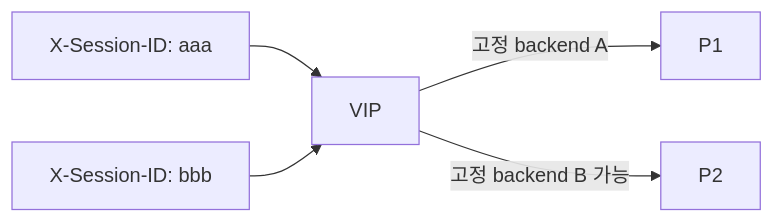
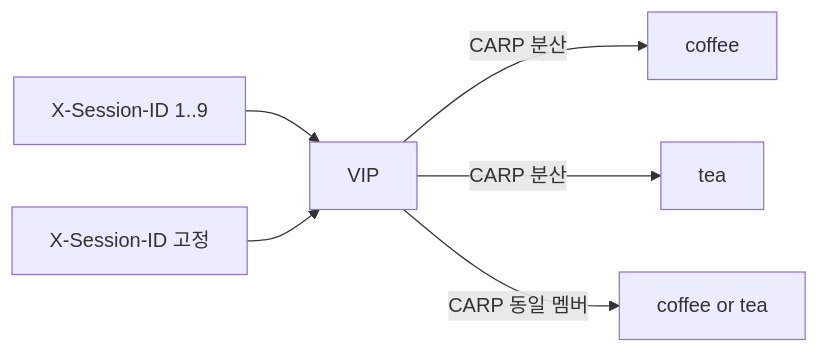
The diagram in HTTP_Routing/2.44_SessionPersistence_Header/README.md (mink0119/2609_f5bnk), drawn with Mermaid before and after one commit. The commit also changed other lines of this file and 85 other files, not shown here.

````diff
--- a/HTTP_Routing/2.44_SessionPersistence_Header/README.md
+++ b/HTTP_Routing/2.44_SessionPersistence_Header/README.md
@@ -5,7 +7,7 @@
 ```mermaid
 flowchart LR
-  C["X-Session-ID: aaa"] --> VIP[VIP]
-  VIP -->|고정 backend A| P1
-  C2["X-Session-ID: bbb"] --> VIP
-  VIP -->|고정 backend B 가능| P2
+  C["X-Session-ID 1..9"] --> VIP[VIP]
+  VIP -->|CARP 분산| P1[coffee] & P2[tea]
+  C2["X-Session-ID 고정"] --> VIP
+  VIP -->|CARP 동일 멤버| P3[coffee or tea]
 ```
````
